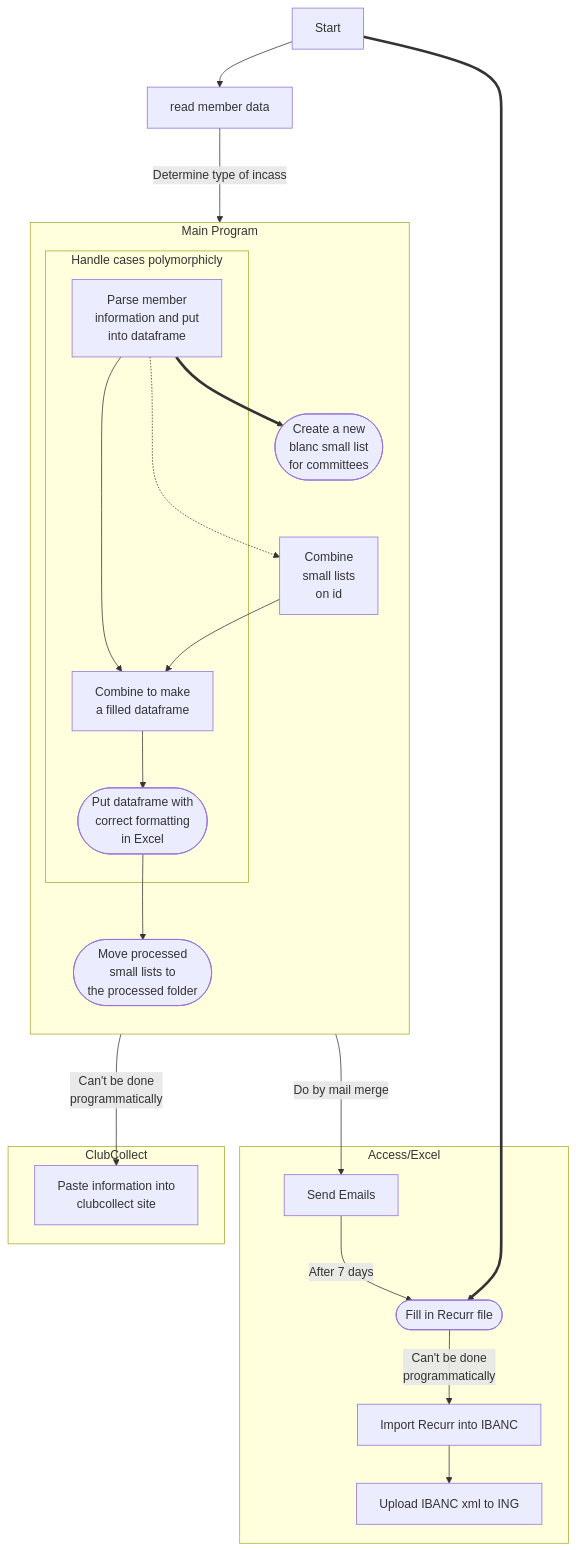
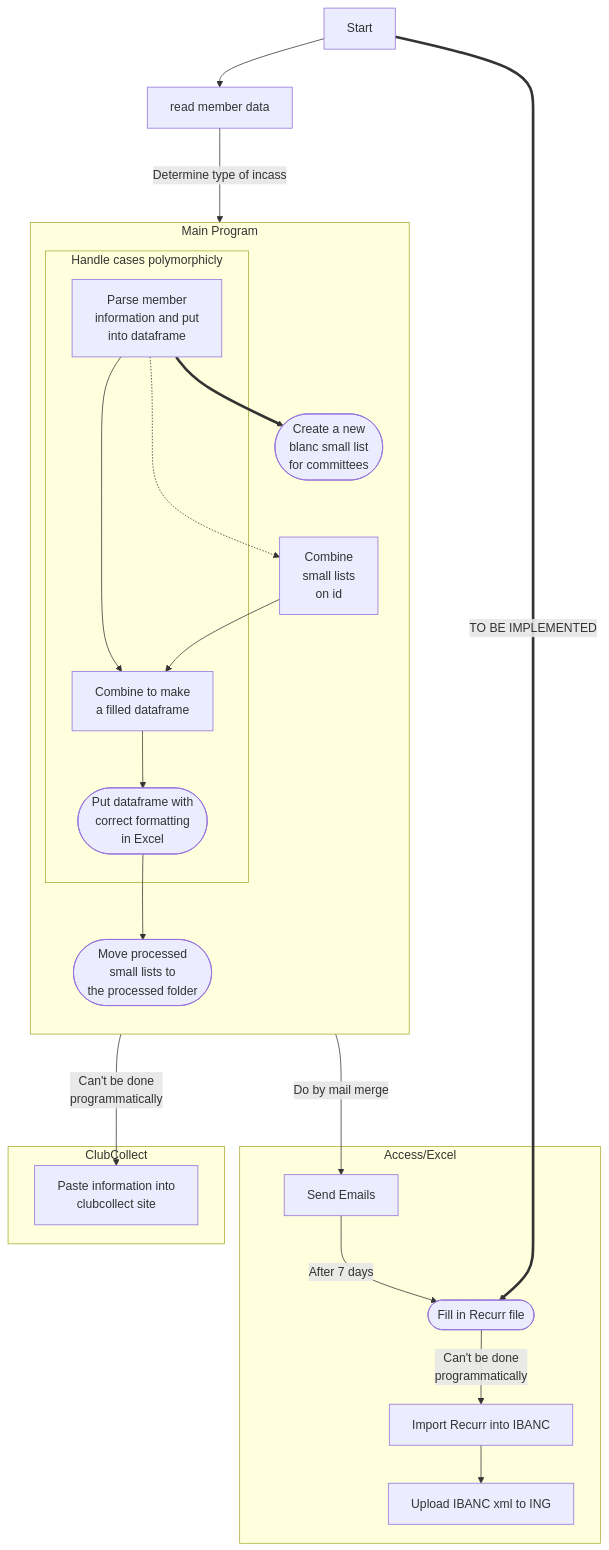
Before and after one commit to tbloemen/ClubCollect-Incasso: the diagram in README.md, drawn with Mermaid. The commit also changed other lines of this file, not shown here.

````diff
--- a/README.md
+++ b/README.md
@@ -5,36 +11,36 @@
 ```mermaid
 flowchart TD
 Start --> B
 B[read member data] --Determine type of incasso--> E["Parse member \ninformation and put \ninto dataframe"]
 
 subgraph Main Program
 direction TB
 subgraph Handle cases polymorphicly
 E --> G["Combine to make \na filled dataframe"]
 G --> H(["Put dataframe with \ncorrect formatting \nin Excel"])
 end
 
 E ==> Create([Create a new \nblanc small list \nfor committees])
 
 E -..-> F
 F[Combine \nsmall lists \non id]--> G
 H --> Move([Move processed \nsmall lists to \nthe processed folder])
 Create
 
 end
 H --Do by mail merge---> I1[Send Emails]
 H --Can't be done \nprogrammatically---> I2
 
-Start ==> J1
+Start ==TO BE IMPLEMENTED==> J1
 
 subgraph Access/Excel
 I1 --After 7 days--> J1([Fill in Recurr file])
 J1 -- Can't be done \nprogrammatically--> K1[Import Recurr into IBANC]
 K1 --> L1[Upload IBANC xml to ING]
 end
 
 subgraph ClubCollect
 I2["Paste information into \nclubcollect site"]
 end
 
 ```
````
